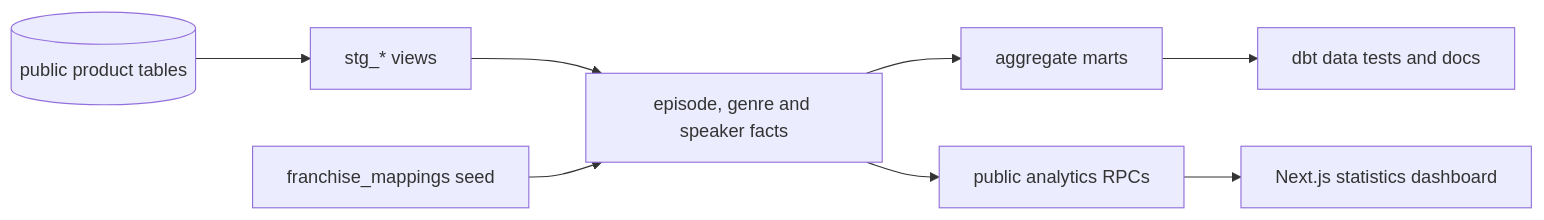
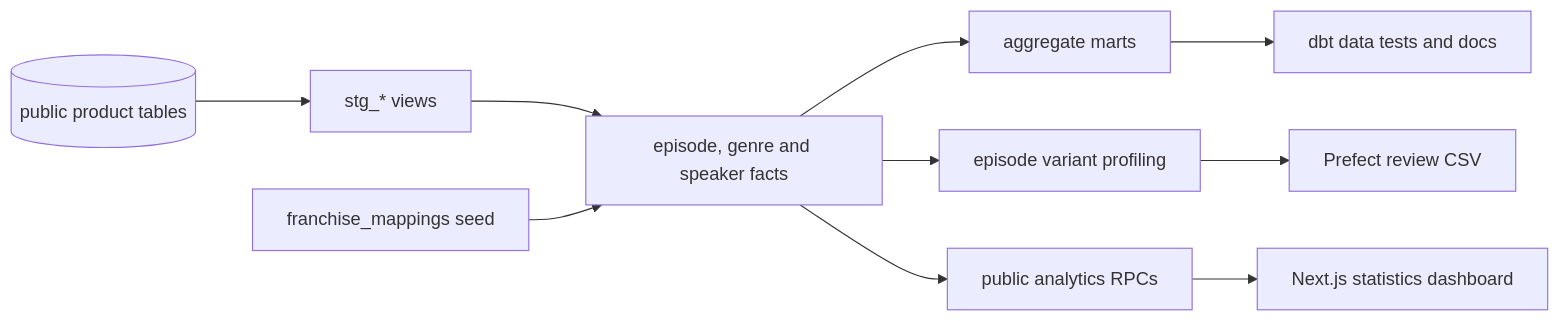
The diagram in hoerspiel_dbt/README.md (JKL453/hoerspiel-explorer), drawn with Mermaid before and after one commit. The commit also changed other lines of this file and 24 other files, not shown here.

Commit message:
feat(dbt): add episode variant profiling pilot

````diff
--- a/hoerspiel_dbt/README.md
+++ b/hoerspiel_dbt/README.md
@@ -8,10 +8,12 @@
 ```mermaid
 flowchart LR
     public[(public product tables)] --> staging[stg_* views]
     staging --> facts[episode, genre and speaker facts]
     seed[franchise_mappings seed] --> facts
     facts --> marts[aggregate marts]
+    facts --> profiling[episode variant profiling]
     facts --> rpc[public analytics RPCs]
     marts --> tests[dbt data tests and docs]
     rpc --> dashboard[Next.js statistics dashboard]
+    profiling --> review[Prefect review CSV]
 ```
````
